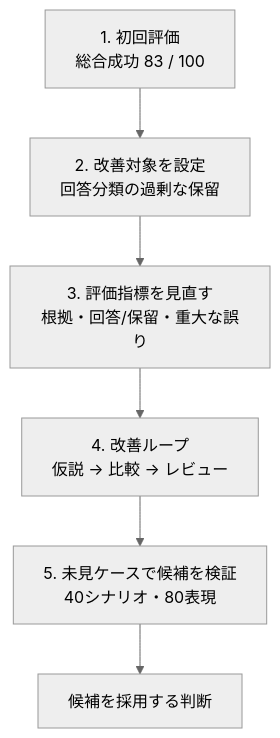
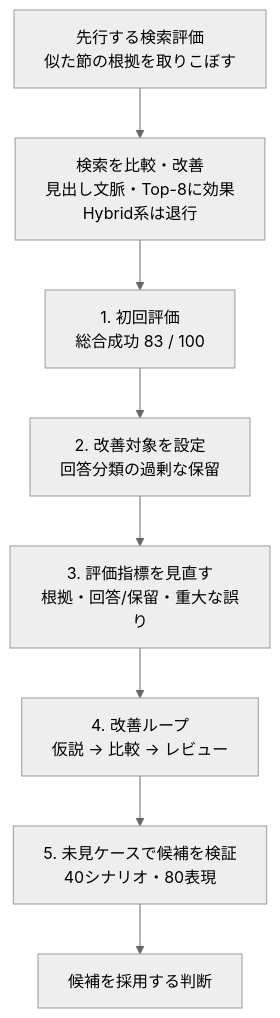
The second of 2 diagrams in README.md (toko1970/municipal-rag-assistant), drawn with Mermaid (neutral theme) before and after one commit. The commit also changed other lines of this file and 1 other file, not shown here.

Commit message:
docs: document retrieval quality experiments

````diff
--- a/README.md
+++ b/README.md
@@ -67,10 +67,12 @@
 ```mermaid
 flowchart TD
+    S[先行する検索評価<br/>似た節の根拠を取りこぼす]
+    T[検索を比較・改善<br/>見出し文脈・Top-8に効果<br/>Hybrid系は退行]
     A[1. 初回評価<br/>総合成功 83 / 100]
     B[2. 改善対象を設定<br/>回答分類の過剰な保留]
     C[3. 評価指標を見直す<br/>根拠・回答/保留・重大な誤り]
     D[4. 改善ループ<br/>仮説 → 比較 → レビュー]
     E[5. 未見ケースで候補を検証<br/>40シナリオ・80表現]
     F[候補を採用する判断]
-    A --> B --> C --> D --> E --> F
+    S --> T --> A --> B --> C --> D --> E --> F
 ```
````
